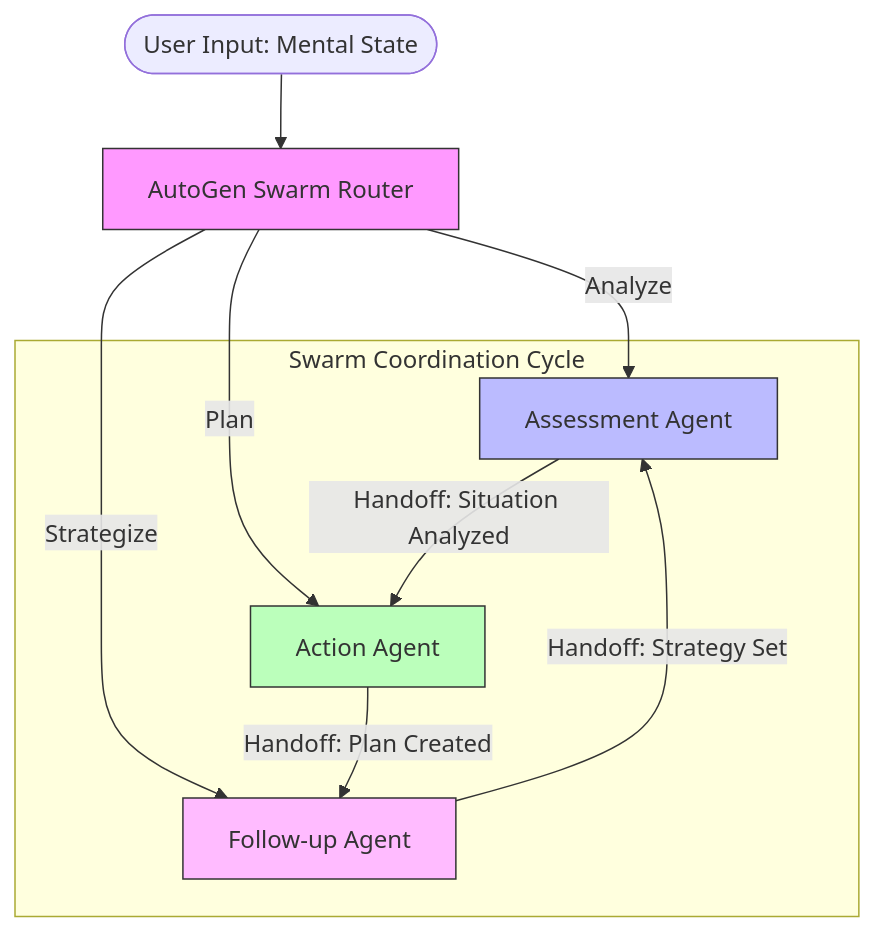
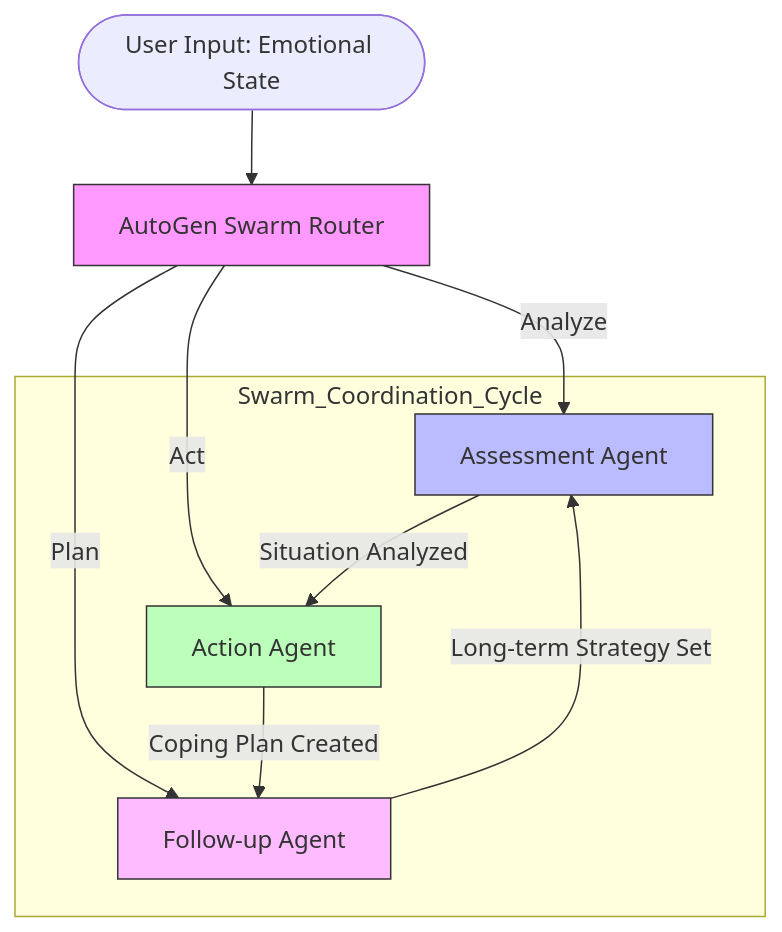
The diagram in mental_wellbeing_agent/README.md (Hazbilal3/ai_agent), drawn with Mermaid before and after one commit. The commit also changed other lines of this file, not shown here.

`````diff
--- a/mental_wellbeing_agent/README.md
+++ b/mental_wellbeing_agent/README.md
@@ -15,18 +22,18 @@
 ```mermaid
 graph TD
-    User([User Input: Mental State]) --> Swarm[AutoGen Swarm Router]
-    Swarm -- "Analyze" --> Assessment[Assessment Agent]
-    Swarm -- "Plan" --> Action[Action Agent]
-    Swarm -- "Strategize" --> Followup[Follow-up Agent]
-    
-    subgraph "Swarm Coordination Cycle"
-    Assessment -->|Handoff: Situation Analyzed| Action
-    Action -->|Handoff: Plan Created| Followup
-    Followup -->|Handoff: Strategy Set| Assessment
+    User([User Input: Emotional State]) --> Swarm[AutoGen Swarm Router]
+    Swarm -->|Analyze| Assessment[Assessment Agent]
+    Swarm -->|Act| Action[Action Agent]
+    Swarm -->|Plan| Followup[Follow-up Agent]
+
+    subgraph Swarm_Coordination_Cycle
+        Assessment -->|Situation Analyzed| Action
+        Action -->|Coping Plan Created| Followup
+        Followup -->|Long-term Strategy Set| Assessment
     end
-    
+
     style Swarm fill:#f9f,stroke:#333
     style Assessment fill:#bbf,stroke:#333
     style Action fill:#bfb,stroke:#333
     style Followup fill:#fbf,stroke:#333
-```
+````
`````
